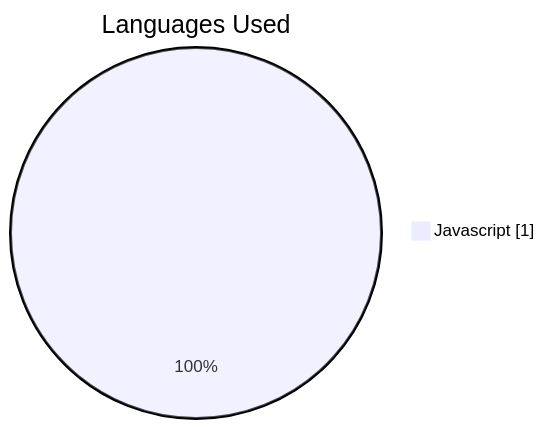
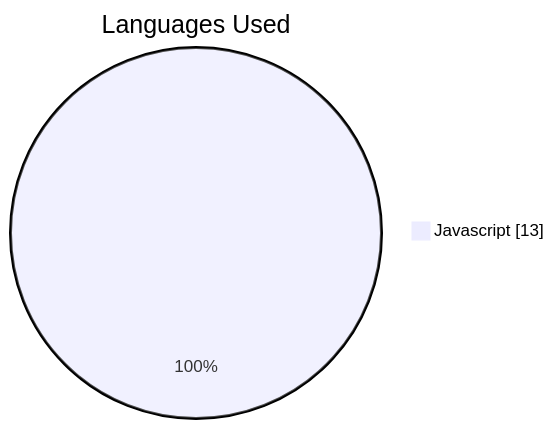
The second of 6 diagrams in README.md (JakubPakula1/gitcode-solutions), drawn with Mermaid before and after one commit. The commit also changed other lines of this file, not shown here.

````diff
--- a/README.md
+++ b/README.md
@@ -123,5 +126,5 @@
 ```mermaid
 pie showData
     title Languages Used
-    "Javascript" : 1
+    "Javascript" : 13
 ```
````
